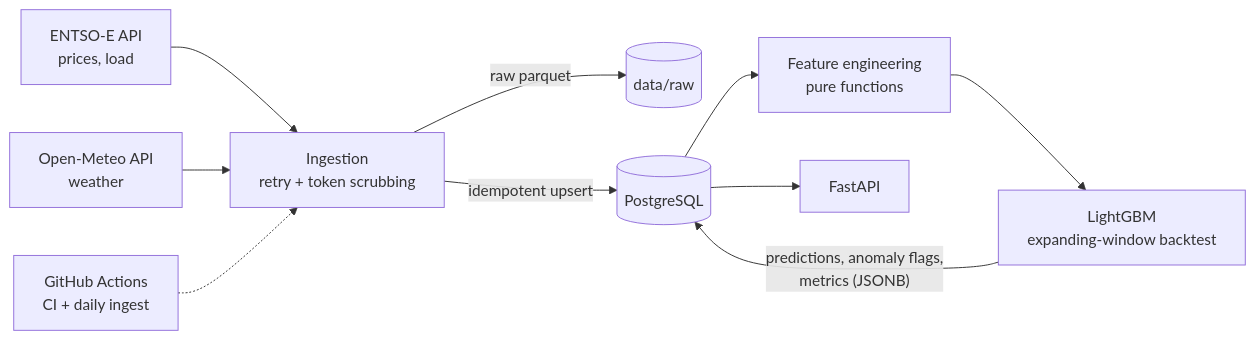
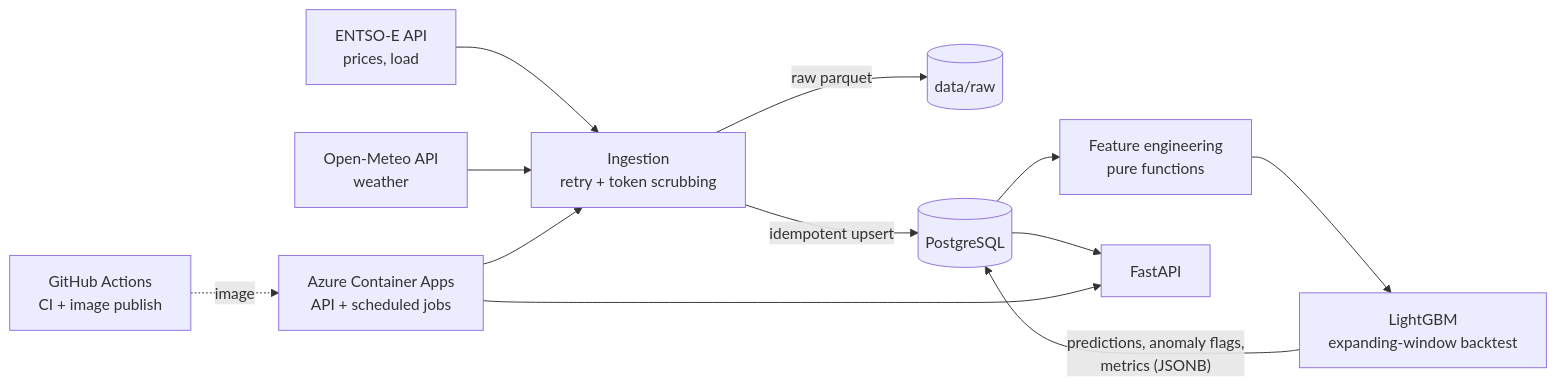
One commit to MLeona020839/nl-energy-pipeline changed the diagram in README.md. Above: the diagram before and after it, drawn with Mermaid. The commit also changed other lines of this file and 3 other files, not shown here.

First line of the commit message:
Document the Azure deployment; drop the Railway config and the scheduled GitHub workflow

````diff
--- a/README.md
+++ b/README.md
@@ -10,12 +10,14 @@
 ```mermaid
 flowchart LR
     A["ENTSO-E API<br/>prices, load"] --> C["Ingestion<br/>retry + token scrubbing"]
     B["Open-Meteo API<br/>weather"] --> C
     C -->|"raw parquet"| R[("data/raw")]
     C -->|"idempotent upsert"| D[("PostgreSQL")]
     D --> E["Feature engineering<br/>pure functions"]
     E --> F["LightGBM<br/>expanding-window backtest"]
     F -->|"predictions, anomaly flags,<br/>metrics (JSONB)"| D
     D --> G["FastAPI"]
-    H["GitHub Actions<br/>CI + daily ingest"] -.-> C
+    H["GitHub Actions<br/>CI + image publish"] -.->|"image"| J
+    J["Azure Container Apps<br/>API + scheduled jobs"] --> C
+    J --> G
 ```
````
